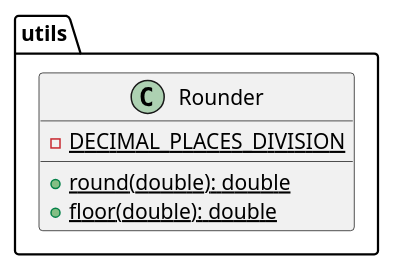
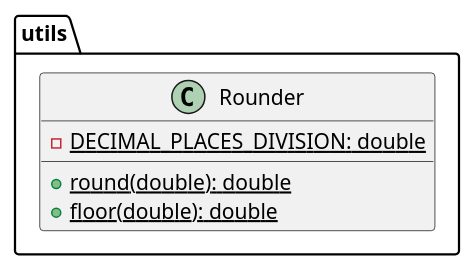
One commit to kambed/Computer-Recognition-Systems changed the sixth of 6 diagrams in task2/README.md. Above: the diagram before and after it, drawn with PlantUML.

Commit message:
Add const type

````diff
--- a/task2/README.md
+++ b/task2/README.md
@@ -178,9 +178,9 @@
 ```plantuml
 package utils {
     class Rounder {
-        - {static} DECIMAL_PLACES_DIVISION
+        - {static} DECIMAL_PLACES_DIVISION: double
         + {static} round(double): double
         + {static} floor(double): double
     }
 }
 ```
````
